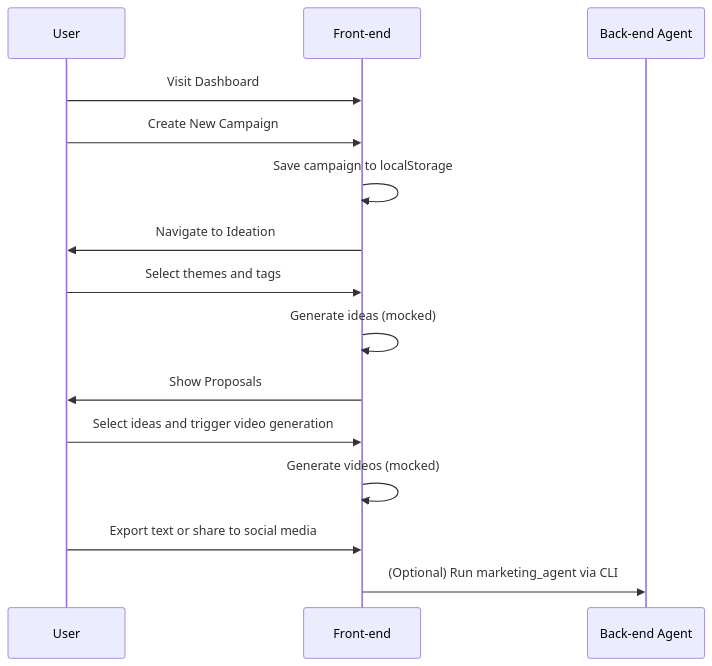
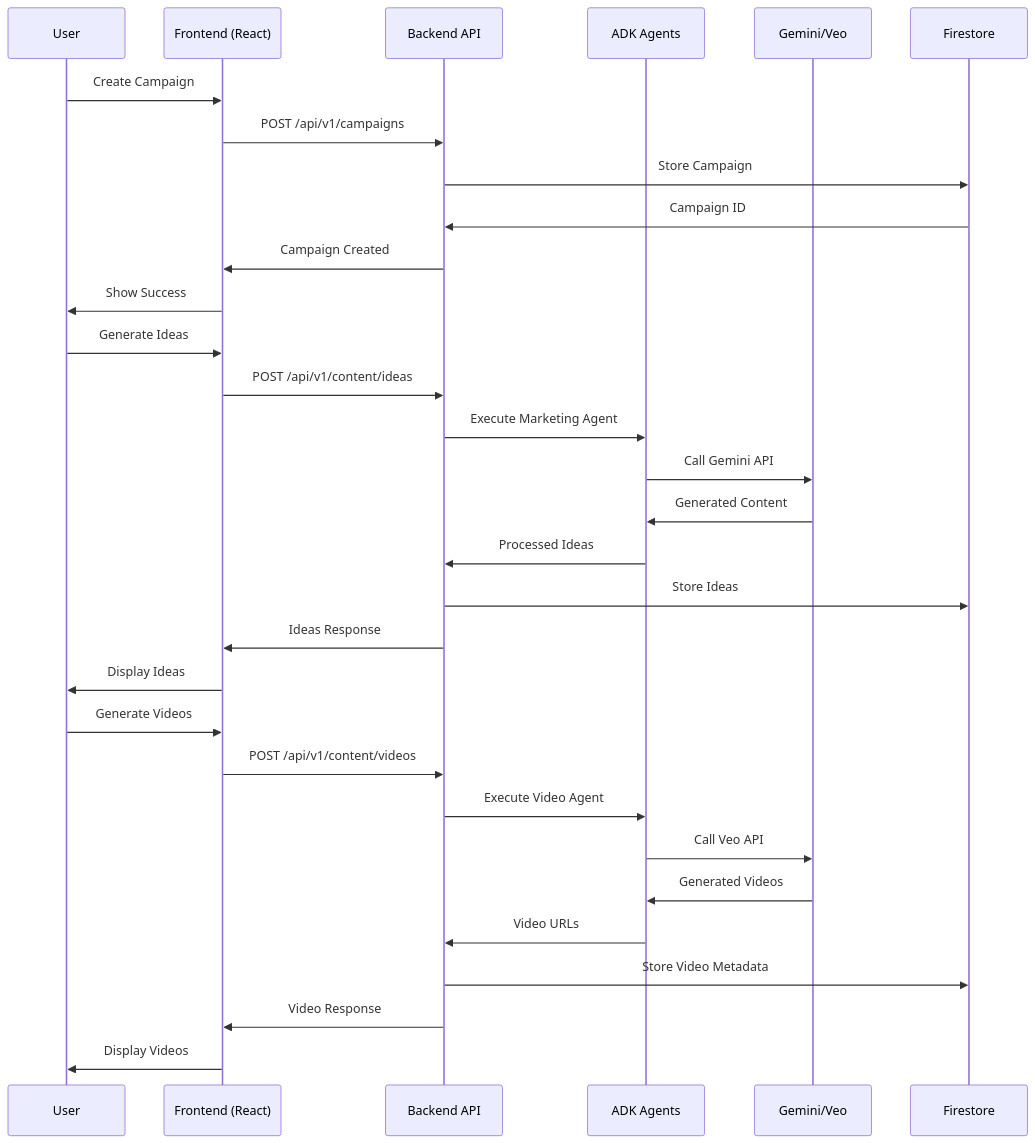
One commit to yongkanghe/Agentic-Marketing-Campaign-Generator changed the fourth of 4 diagrams in docs/ARCHITECTURE.md. Above: the diagram before and after it, drawn with Mermaid. The commit also changed other lines of this file and 18 other files, not shown here.

````diff
--- a/docs/ARCHITECTURE.md
+++ b/docs/ARCHITECTURE.md
@@ -88,18 +201,36 @@
 ```mermaid
 sequenceDiagram
     participant U as User
-    participant FE as Front-end
-    participant ADK as Back-end Agent
+    participant FE as Frontend (React)
+    participant API as Backend API
+    participant ADK as ADK Agents
+    participant AI as Gemini/Veo
+    participant DB as Firestore
 
-    U->>FE: Visit Dashboard
-    U->>FE: Create New Campaign
-    FE->>FE: Save campaign to localStorage
-    FE->>U: Navigate to Ideation
-    U->>FE: Select themes and tags
-    FE->>FE: Generate ideas (mocked)
-    FE->>U: Show Proposals
-    U->>FE: Select ideas and trigger video generation
-    FE->>FE: Generate videos (mocked)
-    U->>FE: Export text or share to social media
-    FE->>ADK: (Optional) Run marketing_agent via CLI
+    U->>FE: Create Campaign
+    FE->>API: POST /api/v1/campaigns
+    API->>DB: Store Campaign
+    DB->>API: Campaign ID
+    API->>FE: Campaign Created
+    FE->>U: Show Success
+
+    U->>FE: Generate Ideas
+    FE->>API: POST /api/v1/content/ideas
+    API->>ADK: Execute Marketing Agent
+    ADK->>AI: Call Gemini API
+    AI->>ADK: Generated Content
+    ADK->>API: Processed Ideas
+    API->>DB: Store Ideas
+    API->>FE: Ideas Response
+    FE->>U: Display Ideas
+
+    U->>FE: Generate Videos
+    FE->>API: POST /api/v1/content/videos
+    API->>ADK: Execute Video Agent
+    ADK->>AI: Call Veo API
+    AI->>ADK: Generated Videos
+    ADK->>API: Video URLs
+    API->>DB: Store Video Metadata
+    API->>FE: Video Response
+    FE->>U: Display Videos
 ```
````
